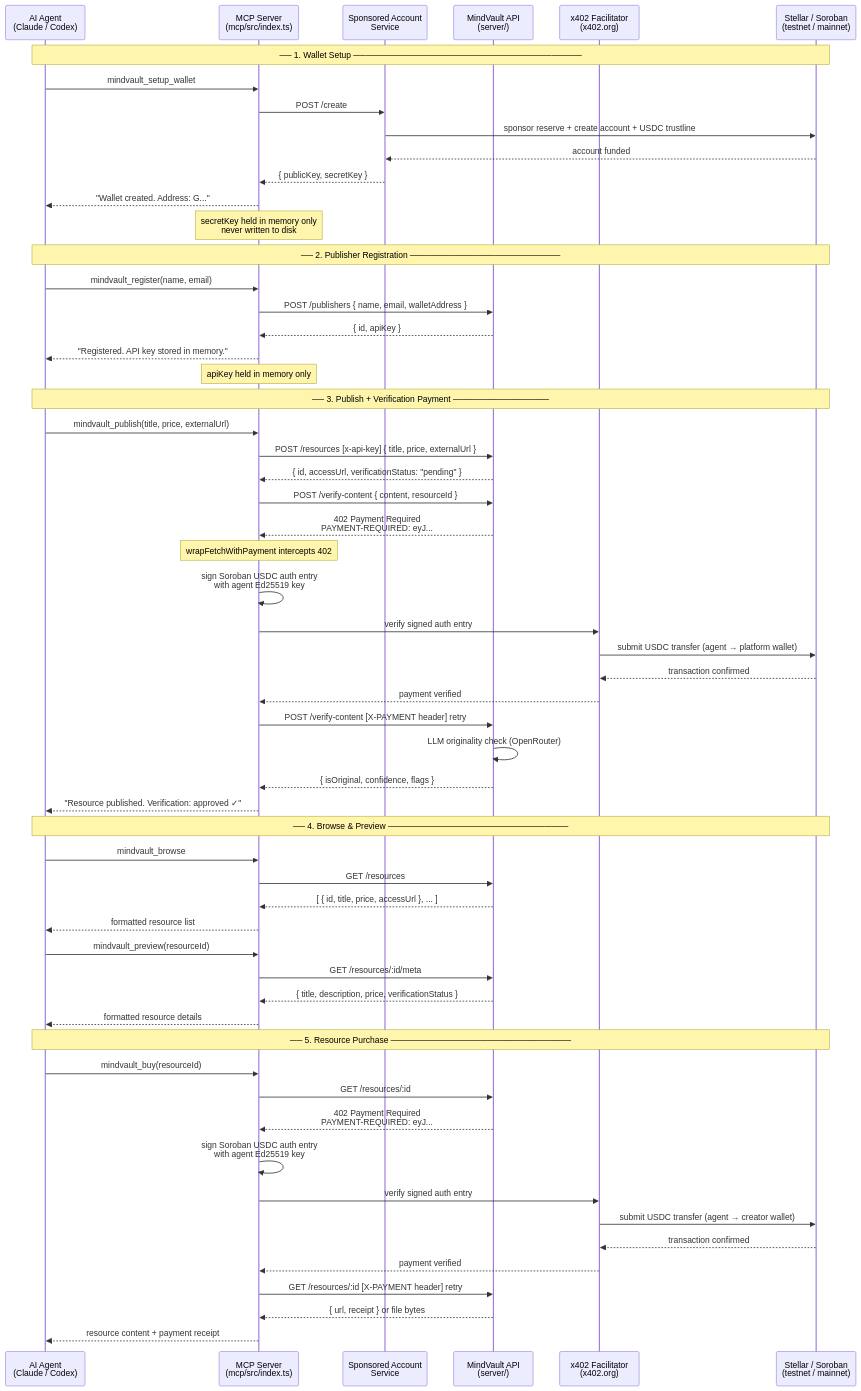
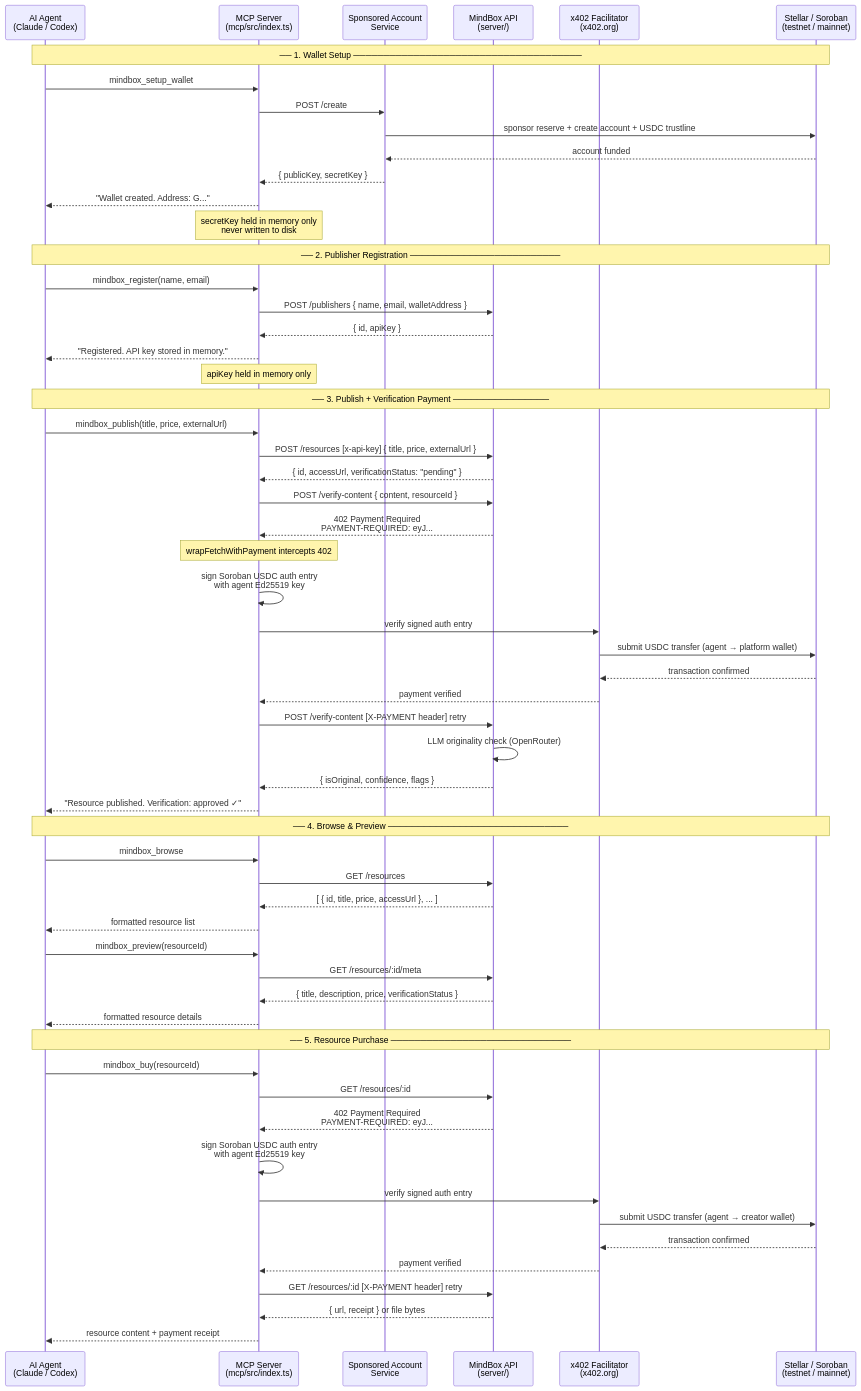
The diagram in docs/mcp-architecture.md (brite-side0/MIND-BOX), drawn with Mermaid before and after one commit. The commit also changed other lines of this file and 88 other files, not shown here.

First line of the commit message:
chore: rebrand fork to MIND-BOX and fix MCP build/tests

````diff
--- a/docs/mcp-architecture.md
+++ b/docs/mcp-architecture.md
@@ -11,76 +11,76 @@
 ```mermaid
 sequenceDiagram
     participant Agent as AI Agent<br/>(Claude / Codex)
     participant MCP as MCP Server<br/>(mcp/src/index.ts)
     participant Sponsored as Sponsored Account<br/>Service
-    participant API as MindVault API<br/>(server/)
+    participant API as MindBox API<br/>(server/)
     participant Facilitator as x402 Facilitator<br/>(x402.org)
     participant Stellar as Stellar / Soroban<br/>(testnet / mainnet)
 
     Note over Agent,Stellar: ── 1. Wallet Setup ──────────────────────────────────────
 
-    Agent->>MCP: mindvault_setup_wallet
+    Agent->>MCP: mindbox_setup_wallet
     MCP->>Sponsored: POST /create
     Sponsored->>Stellar: sponsor reserve + create account + USDC trustline
     Stellar-->>Sponsored: account funded
     Sponsored-->>MCP: { publicKey, secretKey }
     MCP-->>Agent: "Wallet created. Address: G..."
     Note over MCP: secretKey held in memory only<br/>never written to disk
 
     Note over Agent,Stellar: ── 2. Publisher Registration ─────────────────────────
 
-    Agent->>MCP: mindvault_register(name, email)
+    Agent->>MCP: mindbox_register(name, email)
     MCP->>API: POST /publishers { name, email, walletAddress }
     API-->>MCP: { id, apiKey }
     MCP-->>Agent: "Registered. API key stored in memory."
     Note over MCP: apiKey held in memory only
 
     Note over Agent,Stellar: ── 3. Publish + Verification Payment ────────────────
 
-    Agent->>MCP: mindvault_publish(title, price, externalUrl)
+    Agent->>MCP: mindbox_publish(title, price, externalUrl)
     MCP->>API: POST /resources [x-api-key] { title, price, externalUrl }
     API-->>MCP: { id, accessUrl, verificationStatus: "pending" }
 
     MCP->>API: POST /verify-content { content, resourceId }
     API-->>MCP: 402 Payment Required<br/>PAYMENT-REQUIRED: eyJ...
     Note over MCP: wrapFetchWithPayment intercepts 402
 
     MCP->>MCP: sign Soroban USDC auth entry<br/>with agent Ed25519 key
     MCP->>Facilitator: verify signed auth entry
     Facilitator->>Stellar: submit USDC transfer (agent → platform wallet)
     Stellar-->>Facilitator: transaction confirmed
     Facilitator-->>MCP: payment verified
 
     MCP->>API: POST /verify-content [X-PAYMENT header] retry
     API->>API: LLM originality check (OpenRouter)
     API-->>MCP: { isOriginal, confidence, flags }
     MCP-->>Agent: "Resource published. Verification: approved ✓"
 
     Note over Agent,Stellar: ── 4. Browse & Preview ──────────────────────────────
 
-    Agent->>MCP: mindvault_browse
+    Agent->>MCP: mindbox_browse
     MCP->>API: GET /resources
     API-->>MCP: [ { id, title, price, accessUrl }, ... ]
     MCP-->>Agent: formatted resource list
 
-    Agent->>MCP: mindvault_preview(resourceId)
+    Agent->>MCP: mindbox_preview(resourceId)
     MCP->>API: GET /resources/:id/meta
     API-->>MCP: { title, description, price, verificationStatus }
     MCP-->>Agent: formatted resource details
 
     Note over Agent,Stellar: ── 5. Resource Purchase ──────────────────────────────
 
-    Agent->>MCP: mindvault_buy(resourceId)
+    Agent->>MCP: mindbox_buy(resourceId)
     MCP->>API: GET /resources/:id
     API-->>MCP: 402 Payment Required<br/>PAYMENT-REQUIRED: eyJ...
 
     MCP->>MCP: sign Soroban USDC auth entry<br/>with agent Ed25519 key
     MCP->>Facilitator: verify signed auth entry
     Facilitator->>Stellar: submit USDC transfer (agent → creator wallet)
     Stellar-->>Facilitator: transaction confirmed
     Facilitator-->>MCP: payment verified
 
     MCP->>API: GET /resources/:id [X-PAYMENT header] retry
     API-->>MCP: { url, receipt } or file bytes
     MCP-->>Agent: resource content + payment receipt
 ```
````
